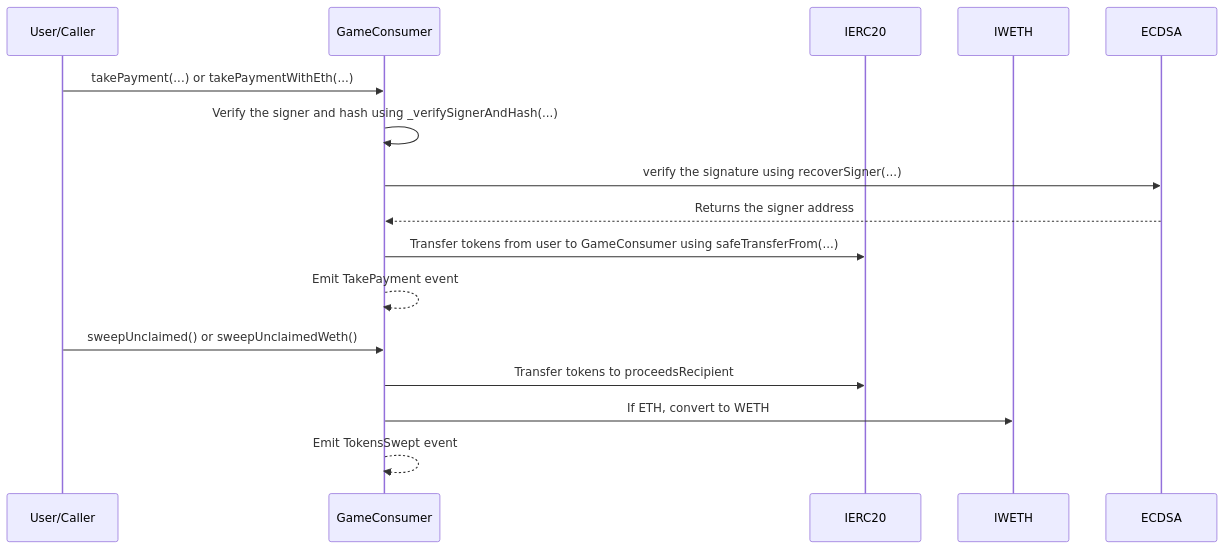
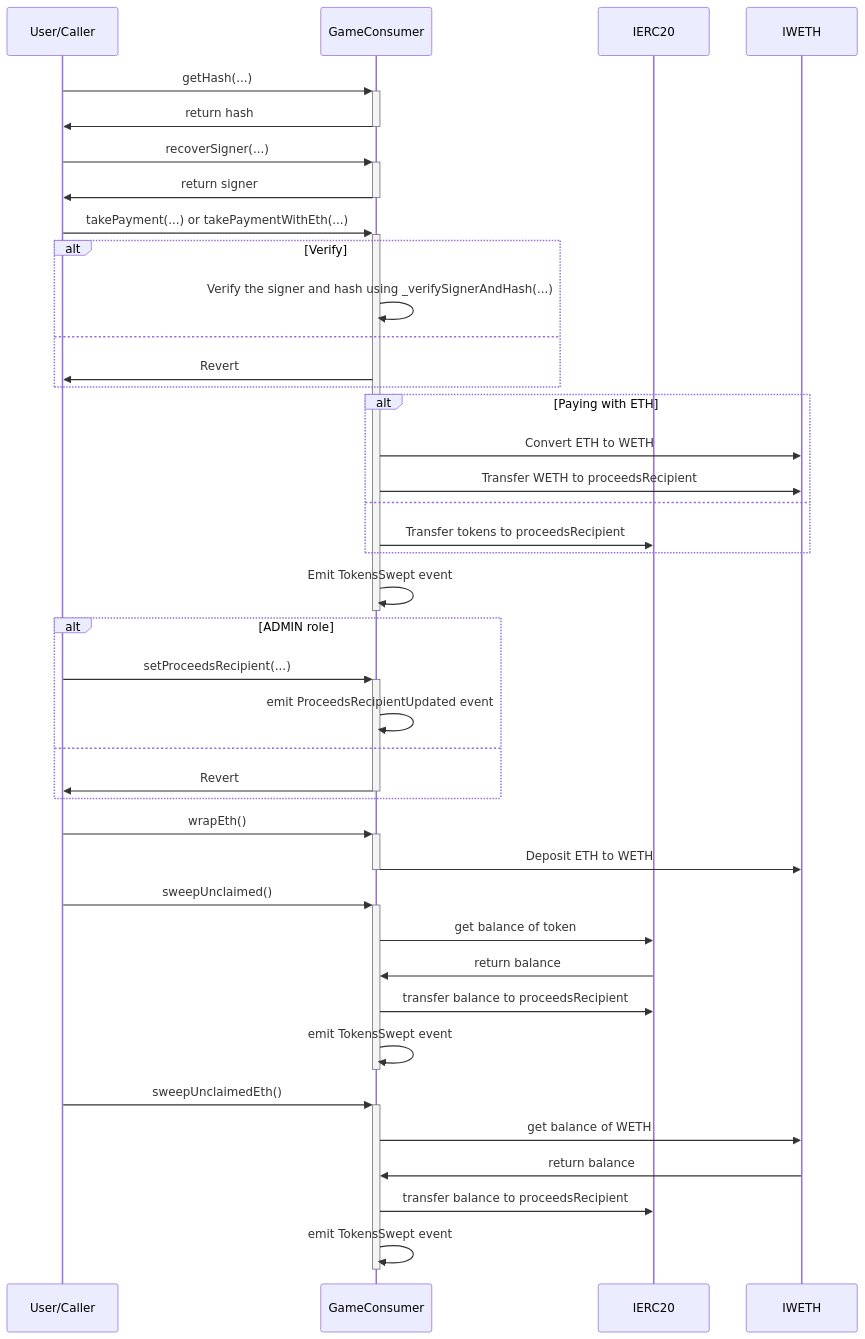
One commit to ZTX-Foundation/tuxedo changed the second of 2 diagrams in doc/contracts/game/GameConsumer.md. Above: the diagram before and after it, drawn with Mermaid. The commit also changed 17 other files, not shown here.

````diff
--- a/doc/contracts/game/GameConsumer.md
+++ b/doc/contracts/game/GameConsumer.md
@@ -21,20 +21,50 @@
 ```mermaid
 sequenceDiagram
     participant User as User/Caller
     participant GameConsumer
     participant IERC20
     participant IWETH
-    participant ECDSA
+    
+    User->>+GameConsumer: getHash(...)
+    GameConsumer->>-User: return hash
+    
+    User->>+GameConsumer: recoverSigner(...)
+    GameConsumer->>-User: return signer
+    
+    User->>+GameConsumer: takePayment(...) or takePaymentWithEth(...)
+    alt Verify
+        GameConsumer->>GameConsumer: Verify the signer and hash using _verifySignerAndHash(...)
+    else
+        GameConsumer->>User: Revert
+    end
 
-    User->>GameConsumer: takePayment(...) or takePaymentWithEth(...)
-    GameConsumer->>GameConsumer: Verify the signer and hash using _verifySignerAndHash(...)
-    GameConsumer->>ECDSA: verify the signature using recoverSigner(...)
-    ECDSA-->>GameConsumer: Returns the signer address
-    GameConsumer->>IERC20: Transfer tokens from user to GameConsumer using safeTransferFrom(...)
-    GameConsumer-->>GameConsumer: Emit TakePayment event
-
-    User->>GameConsumer: sweepUnclaimed() or sweepUnclaimedWeth()
-    GameConsumer->>IERC20: Transfer tokens to proceedsRecipient
-    GameConsumer->>IWETH: If ETH, convert to WETH
-    GameConsumer-->>GameConsumer: Emit TokensSwept event
+    alt Paying with ETH
+        GameConsumer->>IWETH: Convert ETH to WETH
+        GameConsumer->>IWETH: Transfer WETH to proceedsRecipient
+    else
+        GameConsumer->>IERC20: Transfer tokens to proceedsRecipient
+    end
+    GameConsumer->>-GameConsumer: Emit TokensSwept event
+    
+    alt ADMIN role
+        User->>+GameConsumer: setProceedsRecipient(...)
+        GameConsumer->>GameConsumer: emit ProceedsRecipientUpdated event
+    else
+        GameConsumer->>-User: Revert
+    end
+    
+    User->>+GameConsumer: wrapEth()
+    GameConsumer->>-IWETH: Deposit ETH to WETH
+ 
+    User->>+GameConsumer: sweepUnclaimed()
+    GameConsumer->>IERC20: get balance of token
+    IERC20->>GameConsumer: return balance
+    GameConsumer->>IERC20: transfer balance to proceedsRecipient
+    GameConsumer->>-GameConsumer: emit TokensSwept event
+    
+    User->>+GameConsumer: sweepUnclaimedEth()
+    GameConsumer->>IWETH: get balance of WETH
+    IWETH->>GameConsumer: return balance
+    GameConsumer->>IERC20: transfer balance to proceedsRecipient
+    GameConsumer->>-GameConsumer: emit TokensSwept event
 ```
````
